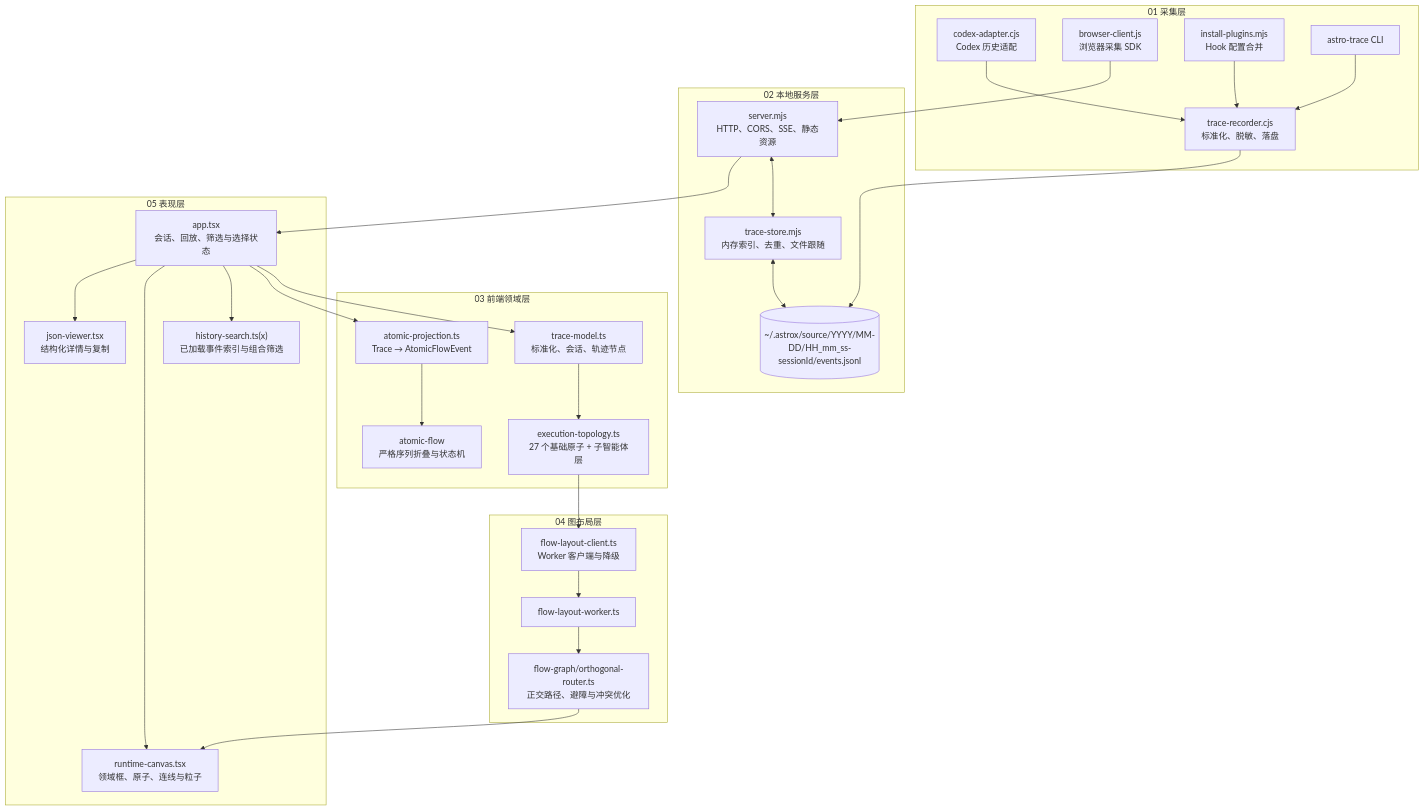
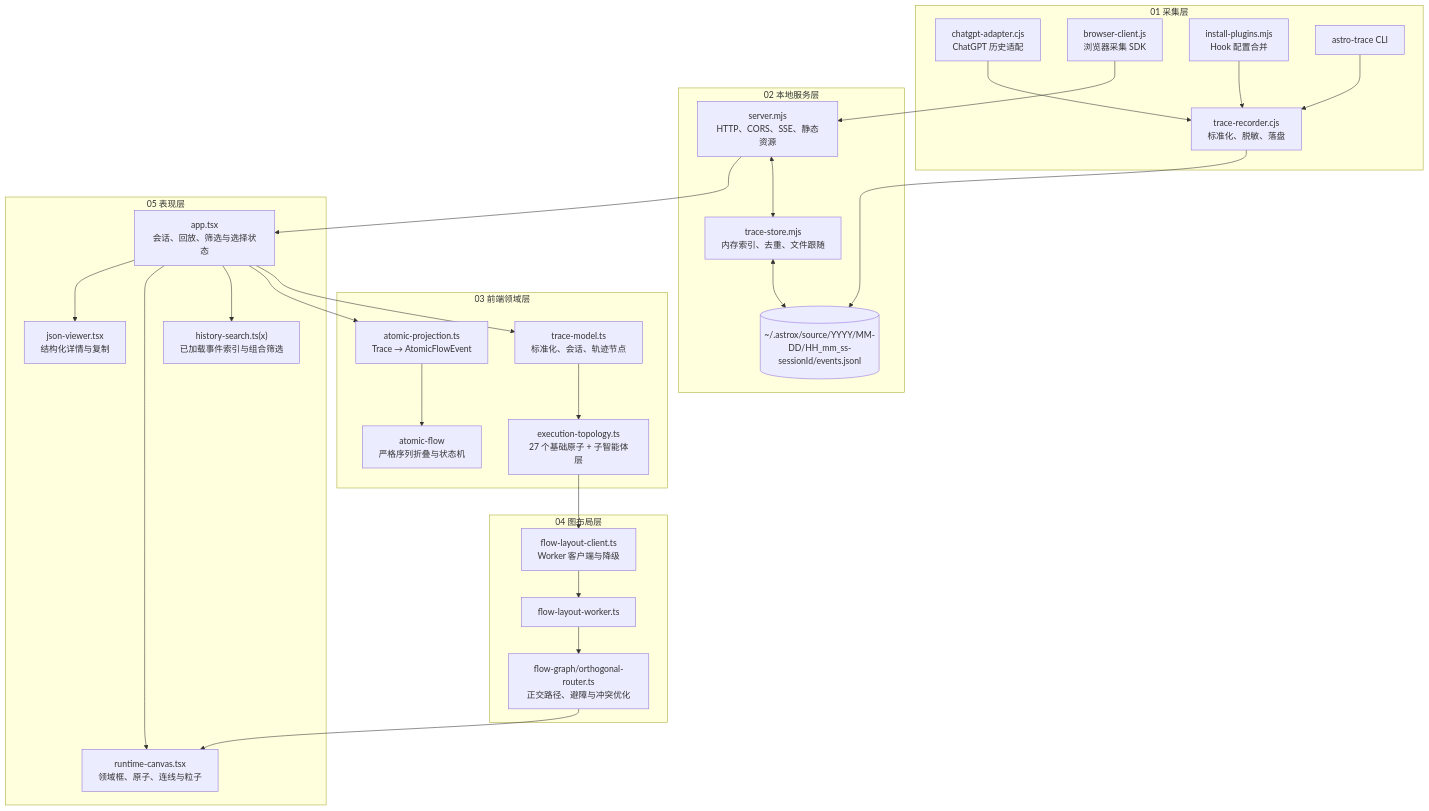
The second of 3 diagrams in docs/architecture-zh.md (chaos-design/astro), drawn with Mermaid before and after one commit. The commit also changed other lines of this file and 104 other files, not shown here.

First line of the commit message:
refactor(brand): rename Codex to ChatGPT across the codebase

````diff
--- a/docs/architecture-zh.md
+++ b/docs/architecture-zh.md
@@ -62,53 +62,53 @@
 ```mermaid
 flowchart TB
   subgraph Capture["01 采集层"]
     IR["trace-recorder.cjs<br/>标准化、脱敏、落盘"]
-    CA["codex-adapter.cjs<br/>Codex 历史适配"]
+    CA["chatgpt-adapter.cjs<br/>ChatGPT 历史适配"]
     BC["browser-client.js<br/>浏览器采集 SDK"]
     IN["install-plugins.mjs<br/>Hook 配置合并"]
     CLI["astro-trace CLI"]
   end
 
   subgraph Service["02 本地服务层"]
     HS["server.mjs<br/>HTTP、CORS、SSE、静态资源"]
     TS["trace-store.mjs<br/>内存索引、去重、文件跟随"]
     FS[("~/.astrox/source/YYYY/MM-DD/HH_mm_ss-sessionId/events.jsonl")]
   end
 
   subgraph Domain["03 前端领域层"]
     TM["trace-model.ts<br/>标准化、会话、轨迹节点"]
     EP["execution-topology.ts<br/>27 个基础原子 + 子智能体层"]
     AP["atomic-projection.ts<br/>Trace → AtomicFlowEvent"]
     AF["atomic-flow<br/>严格序列折叠与状态机"]
   end
 
   subgraph Layout["04 图布局层"]
     FC["flow-layout-client.ts<br/>Worker 客户端与降级"]
     FW["flow-layout-worker.ts"]
     OR["flow-graph/orthogonal-router.ts<br/>正交路径、避障与冲突优化"]
   end
 
   subgraph Presentation["05 表现层"]
     APP["app.tsx<br/>会话、回放、筛选与选择状态"]
     SEARCH["history-search.ts(x)<br/>已加载事件索引与组合筛选"]
     RC["runtime-canvas.tsx<br/>领域框、原子、连线与粒子"]
     JV["json-viewer.tsx<br/>结构化详情与复制"]
   end
 
   IN --> IR
   CLI --> IR
   CA --> IR
   BC --> HS
   IR --> FS
   HS <--> TS
   TS <--> FS
   HS --> APP
   APP --> TM
   TM --> EP
   APP --> AP --> AF
   EP --> FC --> FW --> OR
   OR --> RC
   APP --> SEARCH
   APP --> RC
   APP --> JV
 ```
````
